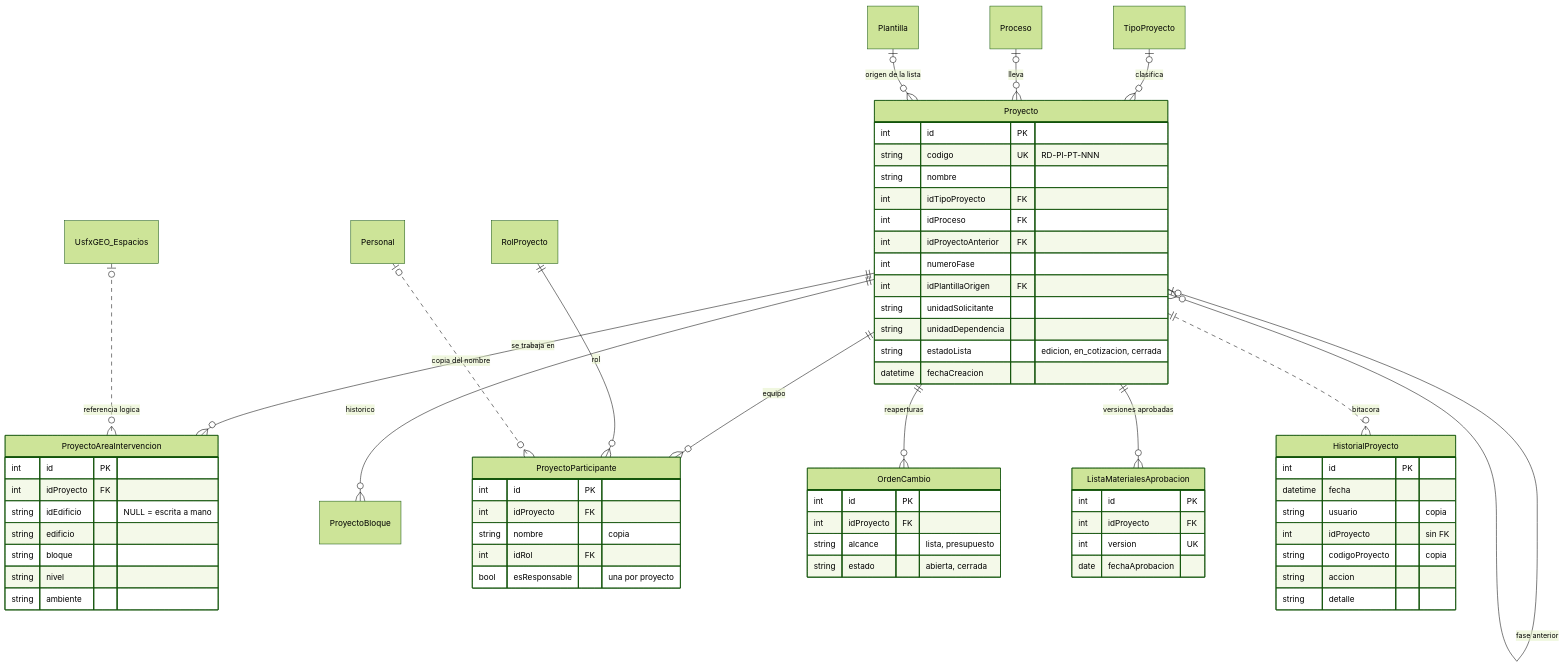
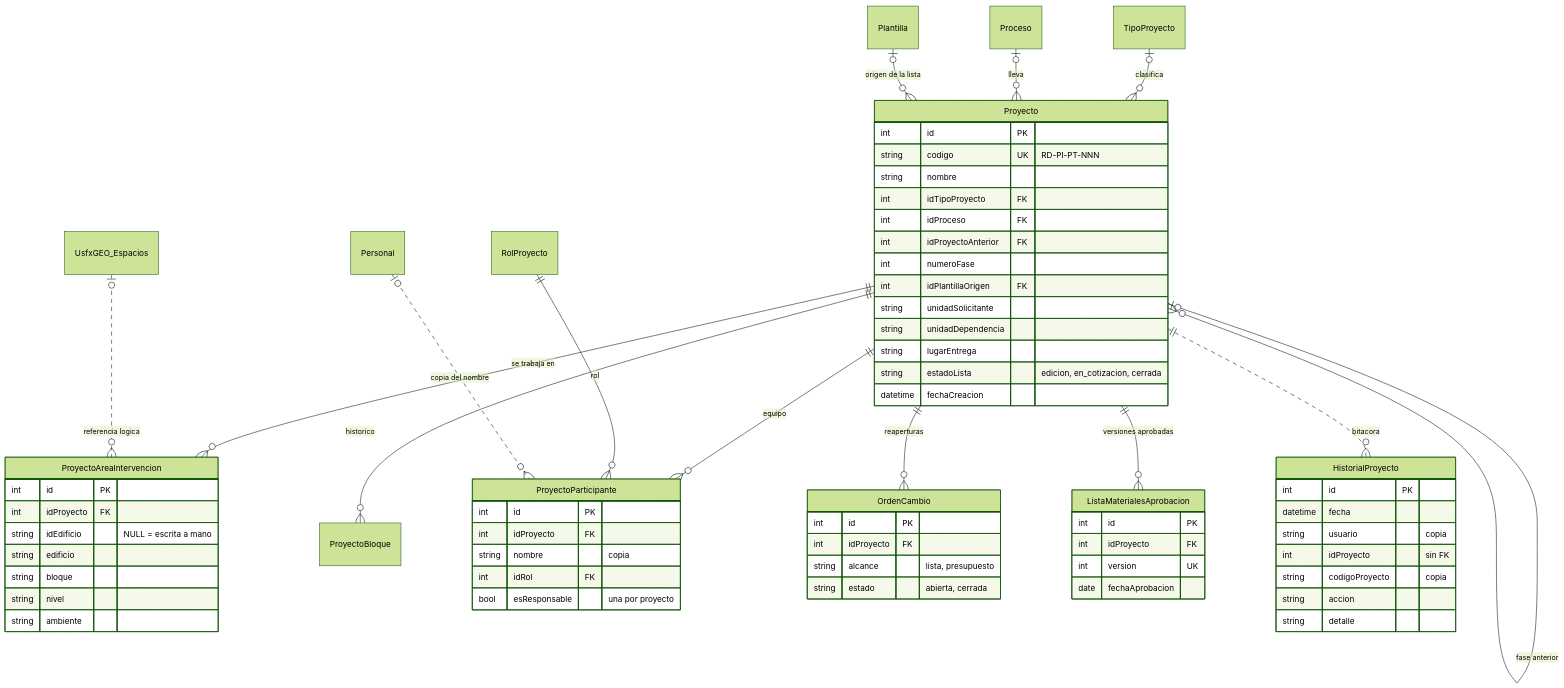
The first of 5 diagrams in docs/modelo-logico-datos.md (wilDC123/presupuestosRedes), drawn with Mermaid (forest theme) before and after one commit. The commit also changed other lines of this file and 14 other files, not shown here.

First line of the commit message:
Lugar de entrega por proyecto en los formularios de especificación

````diff
--- a/docs/modelo-logico-datos.md
+++ b/docs/modelo-logico-datos.md
@@ -49,68 +49,69 @@
 ```mermaid
 erDiagram
     TipoProyecto |o--o{ Proyecto : "clasifica"
     Proceso |o--o{ Proyecto : "lleva"
     Proyecto |o--o{ Proyecto : "fase anterior"
     Plantilla |o--o{ Proyecto : "origen de la lista"
     Proyecto ||--o{ ProyectoAreaIntervencion : "se trabaja en"
     Proyecto ||--o{ ProyectoBloque : "historico"
     Proyecto ||--o{ ProyectoParticipante : "equipo"
     RolProyecto ||--o{ ProyectoParticipante : "rol"
     Personal |o..o{ ProyectoParticipante : "copia del nombre"
     Proyecto ||--o{ OrdenCambio : "reaperturas"
     Proyecto ||--o{ ListaMaterialesAprobacion : "versiones aprobadas"
     Proyecto ||..o{ HistorialProyecto : "bitacora"
     UsfxGEO_Espacios |o..o{ ProyectoAreaIntervencion : "referencia logica"
 
     Proyecto {
         int id PK
         string codigo UK "RD-PI-PT-NNN"
         string nombre
         int idTipoProyecto FK
         int idProceso FK
         int idProyectoAnterior FK
         int numeroFase
         int idPlantillaOrigen FK
         string unidadSolicitante
         string unidadDependencia
+        string lugarEntrega
         string estadoLista "edicion, en_cotizacion, cerrada"
         datetime fechaCreacion
     }
     ProyectoAreaIntervencion {
         int id PK
         int idProyecto FK
         string idEdificio "NULL = escrita a mano"
         string edificio
         string bloque
         string nivel
         string ambiente
     }
     ProyectoParticipante {
         int id PK
         int idProyecto FK
         string nombre "copia"
         int idRol FK
         bool esResponsable "una por proyecto"
     }
     HistorialProyecto {
         int id PK
         datetime fecha
         string usuario "copia"
         int idProyecto "sin FK"
         string codigoProyecto "copia"
         string accion
         string detalle
     }
     ListaMaterialesAprobacion {
         int id PK
         int idProyecto FK
         int version UK
         date fechaAprobacion
     }
     OrdenCambio {
         int id PK
         int idProyecto FK
         string alcance "lista, presupuesto"
         string estado "abierta, cerrada"
     }
 ```
````
